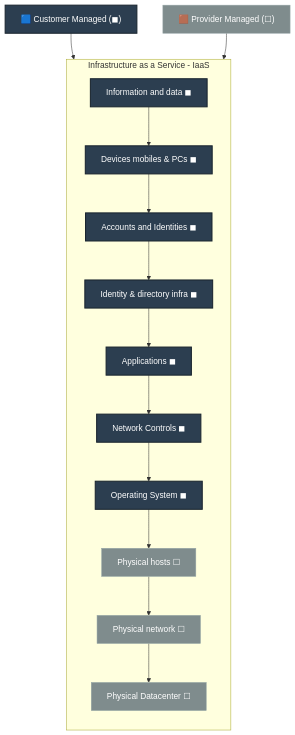
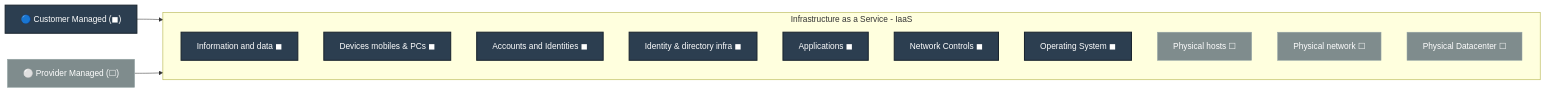
One commit to Chaitrali-tambe/az-900-Notes changed the diagram in 6-IaaS-as-Service.md. Above: the diagram before and after it, drawn with Mermaid.

Commit message:
Change graph direction and update legend symbols

````diff
--- a/6-IaaS-as-Service.md
+++ b/6-IaaS-as-Service.md
@@ -3,32 +3,29 @@
 ```mermaid
-graph TD
+graph LR
     %% Styles and Themes
     classDef customer fill:#2c3e50,stroke:#1a252f,stroke-width:2px,color:#fff;
     classDef provider fill:#7f8c8d,stroke:#95a5a6,stroke-width:1px,color:#fff;
-    classDef groupStyle fill:#f8f9fa,stroke:#bdc3c7,stroke-width:1px;
+    classDef groupStyle fill:#f8f9fa,stroke:#bdc3c7,stroke-width:1px,stroke-dasharray: 5 5;
 
-    %% --- INLINE LEGEND NODES ---
-    L1["🟦 Customer Managed (◼)"]:::customer --> IaaS
-    L2["🟫 Provider Managed (☐)"]:::provider --> IaaS
+    %% --- MAP-STYLE INLINE LEGEND ---
+    L1["🔵 Customer Managed (◼)"]:::customer --> IaaS
+    L2["⚪ Provider Managed (☐)"]:::provider --> IaaS
 
-    %% --- IAAS ONLY COLUMN ---
+    %% --- IAAS ONLY COLUMN (LANDSCAPE) ---
     subgraph IaaS [Infrastructure as a Service - IaaS]
-        direction TB
-        I1[Information and data ◼]:::customer -->
-        I2[Devices mobiles & PCs ◼]:::customer -->
-        I3[Accounts and Identities ◼]:::customer -->
-        I4[Identity & directory infra ◼]:::customer -->
-        I5[Applications ◼]:::customer -->
-        I6[Network Controls ◼]:::customer -->
-        I7[Operating System ◼]:::customer -->
-        I8[Physical hosts ☐]:::provider -->
-        I9[Physical network ☐]:::provider -->
+        I1[Information and data ◼]:::customer
+        I2[Devices mobiles & PCs ◼]:::customer
+        I3[Accounts and Identities ◼]:::customer
+        I4[Identity & directory infra ◼]:::customer
+        I5[Applications ◼]:::customer
+        I6[Network Controls ◼]:::customer
+        I7[Operating System ◼]:::customer
+        I8[Physical hosts ☐]:::provider
+        I9[Physical network ☐]:::provider
         I10[Physical Datacenter ☐]:::provider
     end
 
     %% Apply group style
     style IaaS groupStyle
 
-
-
 ```
````
